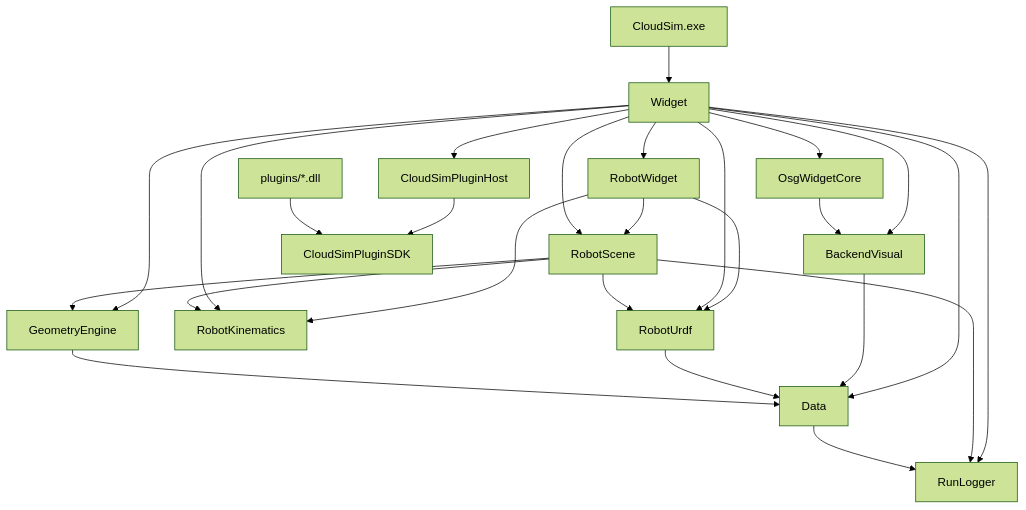
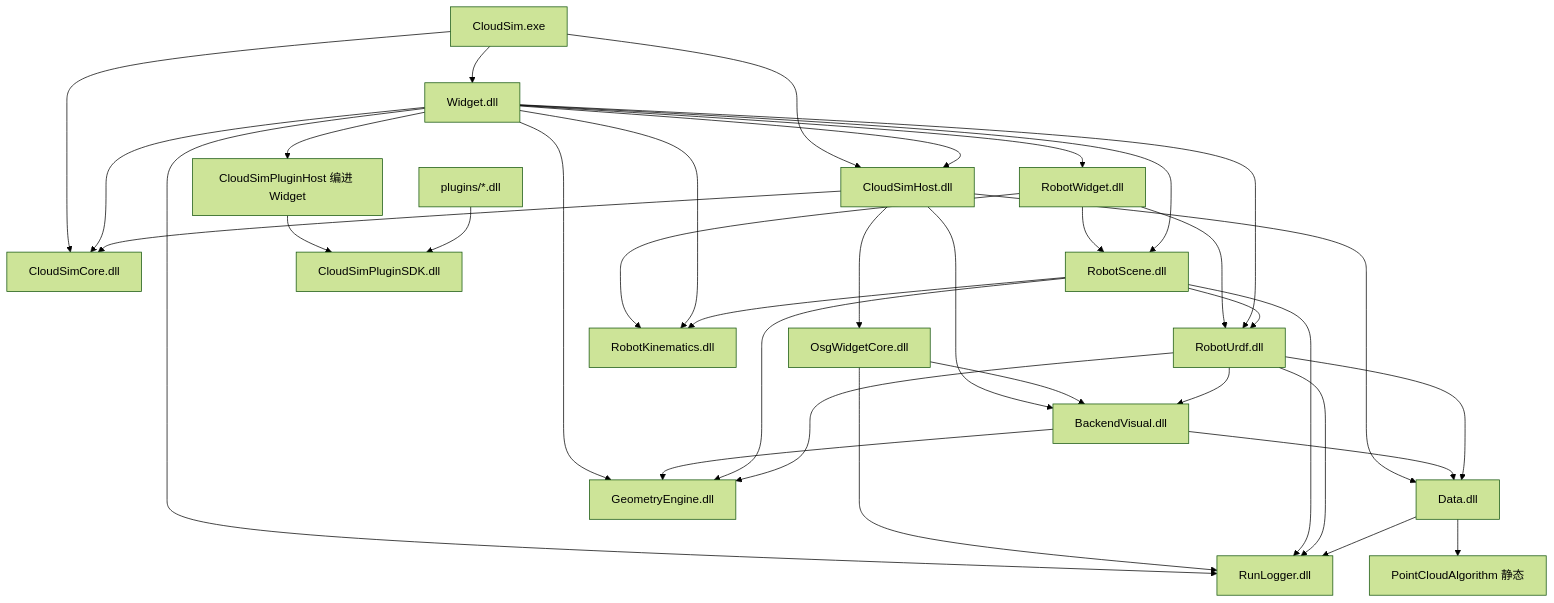
The diagram in docs/MODULE_DEVELOPER_GUIDES.md (sanmunejdn/CloudSim), drawn with Mermaid (forest theme) before and after one commit. The commit also changed other lines of this file and 115 other files, not shown here.

````diff
--- a/docs/MODULE_DEVELOPER_GUIDES.md
+++ b/docs/MODULE_DEVELOPER_GUIDES.md
@@ -24,26 +28,37 @@
 ```mermaid
 flowchart TB
-  EXE[CloudSim.exe] --> W[Widget]
-  W --> O[OsgWidgetCore]
-  W --> BV[BackendVisual]
-  W --> D[Data]
-  W --> RW[RobotWidget]
-  RW --> RS[RobotScene]
-  RW --> RU[RobotUrdf]
-  RW --> RK[RobotKinematics]
+  EXE[CloudSim.exe] --> W[Widget.dll]
+  EXE --> H[CloudSimHost.dll]
+  EXE --> C[CloudSimCore.dll]
+  W --> H
+  W --> C
+  H --> C
+  H --> O[OsgWidgetCore.dll]
+  H --> BV[BackendVisual.dll]
+  H --> D[Data.dll]
+  W --> RW[RobotWidget.dll]
+  RW --> RS[RobotScene.dll]
+  RW --> RU[RobotUrdf.dll]
+  RW --> RK[RobotKinematics.dll]
   W --> RS
   W --> RU
   W --> RK
-  W --> GE[GeometryEngine]
-  W --> RL[RunLogger]
-  W --> PH[CloudSimPluginHost]
-  PH --> SDK[CloudSimPluginSDK]
+  W --> GE[GeometryEngine.dll]
+  W --> RL[RunLogger.dll]
+  W --> PH[CloudSimPluginHost 编进 Widget]
+  PH --> SDK[CloudSimPluginSDK.dll]
   PLG[plugins/*.dll] --> SDK
-  O --> BV --> D
+  O --> BV
+  BV --> D
+  O --> RL
+  BV --> GE
   RS --> GE
   RS --> RU --> D
   RS --> RK
   RS --> RL
-  GE --> D
+  RU --> BV
+  RU --> GE
+  RU --> RL
   D --> RL
+  D --> PCA[PointCloudAlgorithm 静态]
 ```
````
